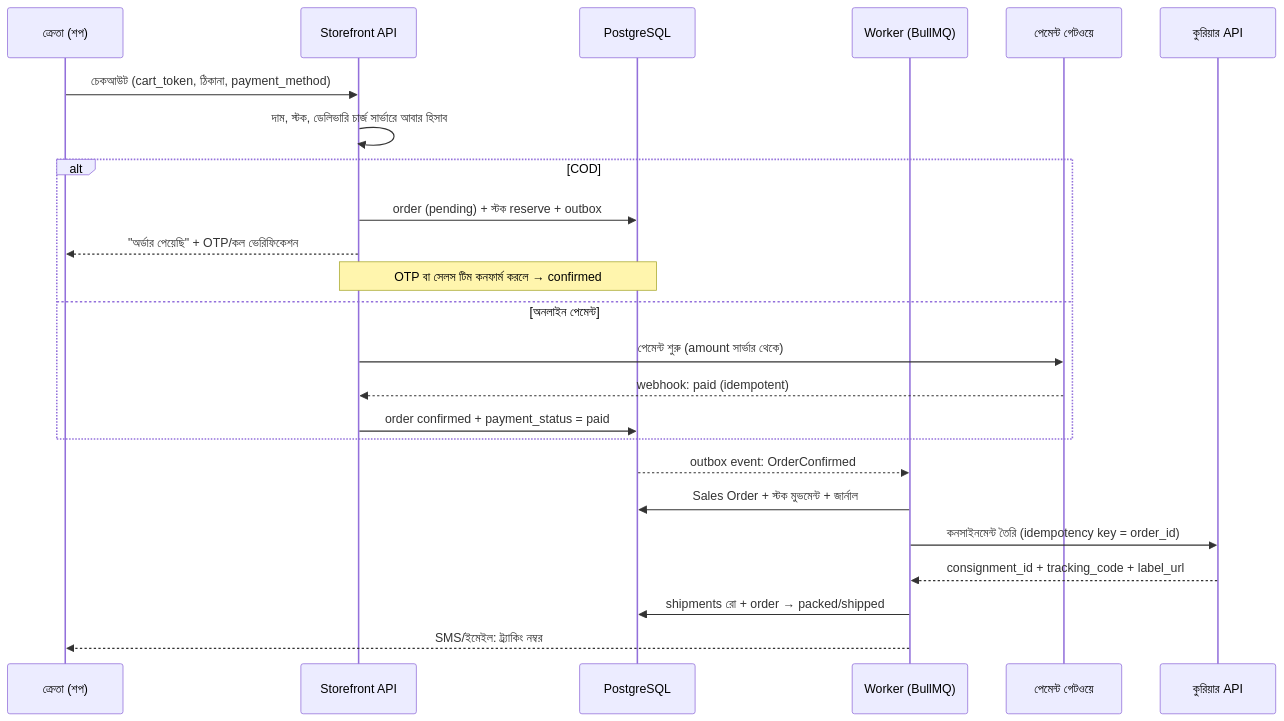
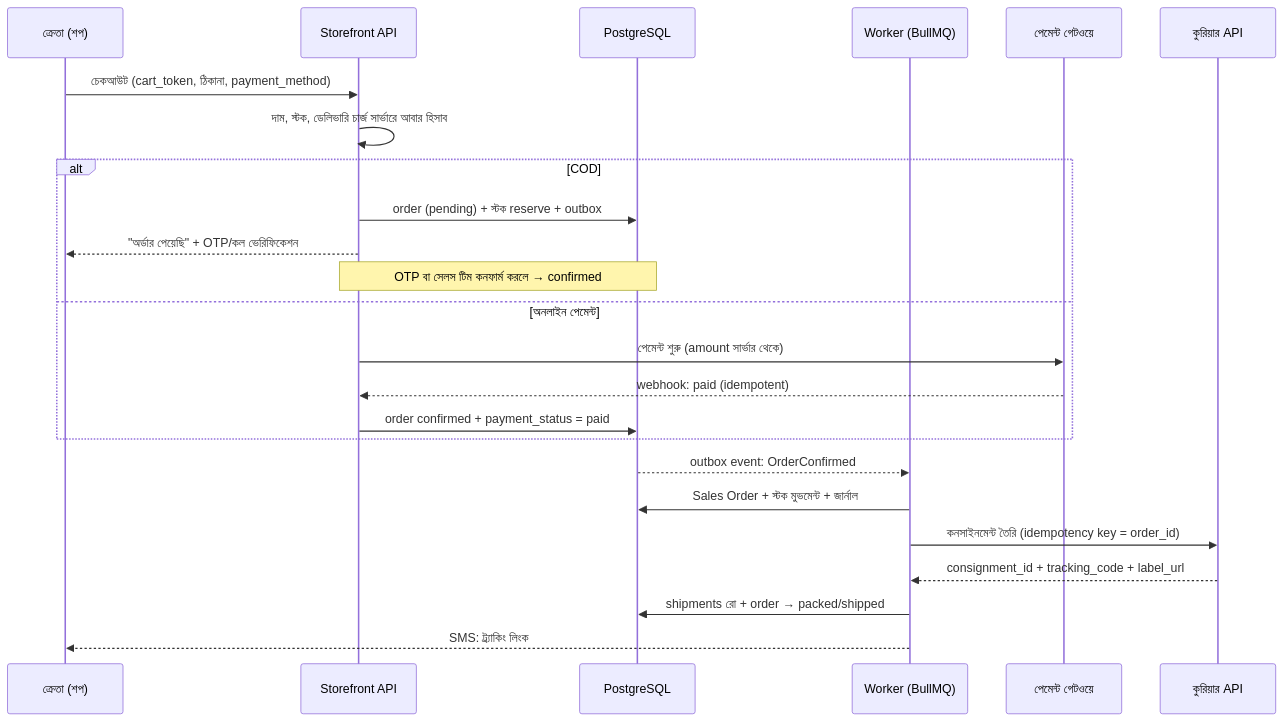
Before and after one commit to AlEkramHossainAbir/Omnivo: the sixth of 6 diagrams in docs/system-design.bn.md, drawn with Mermaid. The commit also changed other lines of this file and 49 other files, not shown here.

````diff
--- a/docs/system-design.bn.md
+++ b/docs/system-design.bn.md
@@ -1109,27 +1110,27 @@
 ```mermaid
 sequenceDiagram
   participant C as ক্রেতা (শপ)
   participant S as Storefront API
   participant PG as PostgreSQL
   participant W as Worker (BullMQ)
   participant GW as পেমেন্ট গেটওয়ে
   participant CR as কুরিয়ার API
 
   C->>S: চেকআউট (cart_token, ঠিকানা, payment_method)
   S->>S: দাম, স্টক, ডেলিভারি চার্জ সার্ভারে আবার হিসাব
   alt COD
     S->>PG: order (pending) + স্টক reserve + outbox
     S-->>C: "অর্ডার পেয়েছি" + OTP/কল ভেরিফিকেশন
     Note over S,PG: OTP বা সেলস টিম কনফার্ম করলে → confirmed
   else অনলাইন পেমেন্ট
     S->>GW: পেমেন্ট শুরু (amount সার্ভার থেকে)
     GW-->>S: webhook: paid (idempotent)
     S->>PG: order confirmed + payment_status = paid
   end
   PG-->>W: outbox event: OrderConfirmed
   W->>PG: Sales Order + স্টক মুভমেন্ট + জার্নাল
   W->>CR: কনসাইনমেন্ট তৈরি (idempotency key = order_id)
   CR-->>W: consignment_id + tracking_code + label_url
   W->>PG: shipments রো + order → packed/shipped
-  W-->>C: SMS/ইমেইল: ট্র্যাকিং নম্বর
+  W-->>C: SMS: ট্র্যাকিং লিংক
 ```
````
